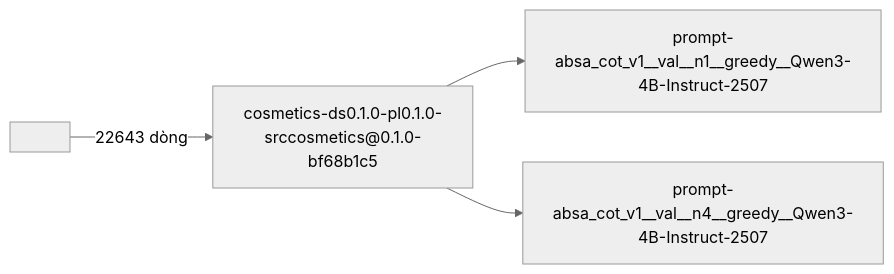
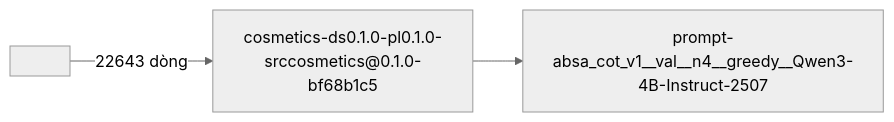
Before and after one commit to TrieuKhac-dev/SentimentX: the diagram in data/reports/dataset_registry/dataset_registry.md, drawn with Mermaid (neutral theme). The commit also changed 7 other files, not shown here.

````diff
--- a/data/reports/dataset_registry/dataset_registry.md
+++ b/data/reports/dataset_registry/dataset_registry.md
@@ -3,10 +3,8 @@
 ```mermaid
 graph LR
   n1["<nguồn v0.1.0>"]
   n2["cosmetics-ds0.1.0-pl0.1.0-srccosmetics@0.1.0-bf68b1c5"]
-  n3["prompt-absa_cot_v1__val__n1__greedy__Qwen3-4B-Instruct-2507"]
-  n4["prompt-absa_cot_v1__val__n4__greedy__Qwen3-4B-Instruct-2507"]
+  n3["prompt-absa_cot_v1__val__n4__greedy__Qwen3-4B-Instruct-2507"]
   n1 -->|22643 dòng| n2
   n2 --> n3
-  n2 --> n4
 ```
````
